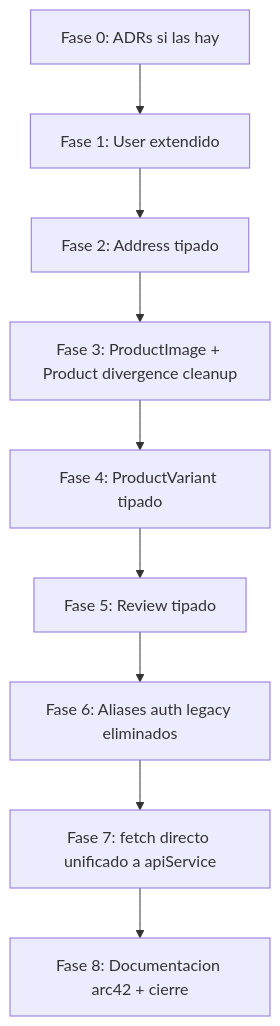
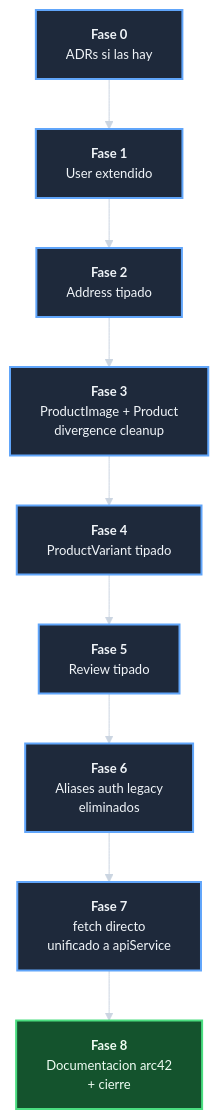
The diagram in docs/pm/iniciativas/completar-dominio-de-ecommerce/plan-completar-dominio-de-ecommerce.md (jcg-admin/template-ecommerce-ui), drawn with Mermaid before and after one commit. The commit also changed 16 other files, not shown here.

First line of the commit message:
Apply dark Mermaid theme to 19 diagrams

````diff
--- a/docs/pm/iniciativas/completar-dominio-de-ecommerce/plan-completar-dominio-de-ecommerce.md
+++ b/docs/pm/iniciativas/completar-dominio-de-ecommerce/plan-completar-dominio-de-ecommerce.md
@@ -22,12 +22,37 @@
 ```mermaid
+%%{init: {'theme':'base', 'themeVariables': {
+  'background': '#0f172a',
+  'primaryColor': '#1e293b',
+  'primaryTextColor': '#f1f5f9',
+  'primaryBorderColor': '#94a3b8',
+  'lineColor': '#cbd5e1',
+  'secondaryColor': '#334155',
+  'tertiaryColor': '#1e3a8a',
+  'fontSize': '13px'
+}}}%%
 graph TD
-    F0[Fase 0: ADRs si las hay] --> F1
-    F1[Fase 1: User extendido] --> F2
-    F2[Fase 2: Address tipado] --> F3
-    F3[Fase 3: ProductImage + Product divergence cleanup] --> F4
-    F4[Fase 4: ProductVariant tipado] --> F5
-    F5[Fase 5: Review tipado] --> F6
-    F6[Fase 6: Aliases auth legacy eliminados] --> F7
-    F7[Fase 7: fetch directo unificado a apiService] --> F8
-    F8[Fase 8: Documentacion arc42 + cierre]
+    fase_f0_adrs["<b>Fase 0</b><br/>ADRs si las hay"]
+    fase_f1_user_extendido["<b>Fase 1</b><br/>User extendido"]
+    fase_f2_address_tipado["<b>Fase 2</b><br/>Address tipado"]
+    fase_f3_productimage_cleanup["<b>Fase 3</b><br/>ProductImage + Product<br/>divergence cleanup"]
+    fase_f4_productvariant_tipado["<b>Fase 4</b><br/>ProductVariant tipado"]
+    fase_f5_review_tipado["<b>Fase 5</b><br/>Review tipado"]
+    fase_f6_aliases_auth_eliminados["<b>Fase 6</b><br/>Aliases auth legacy<br/>eliminados"]
+    fase_f7_fetch_unificado["<b>Fase 7</b><br/>fetch directo<br/>unificado a apiService"]
+    fase_f8_docs_arc42_cierre["<b>Fase 8</b><br/>Documentacion arc42<br/>+ cierre"]
+
+    fase_f0_adrs --> fase_f1_user_extendido
+    fase_f1_user_extendido --> fase_f2_address_tipado
+    fase_f2_address_tipado --> fase_f3_productimage_cleanup
+    fase_f3_productimage_cleanup --> fase_f4_productvariant_tipado
+    fase_f4_productvariant_tipado --> fase_f5_review_tipado
+    fase_f5_review_tipado --> fase_f6_aliases_auth_eliminados
+    fase_f6_aliases_auth_eliminados --> fase_f7_fetch_unificado
+    fase_f7_fetch_unificado --> fase_f8_docs_arc42_cierre
+
+    classDef primaryNode fill:#1e293b,stroke:#60a5fa,stroke-width:2px,color:#f1f5f9
+    classDef doneNode fill:#14532d,stroke:#4ade80,stroke-width:2px,color:#f0fdf4
+
+    class fase_f0_adrs,fase_f1_user_extendido,fase_f2_address_tipado,fase_f3_productimage_cleanup,fase_f4_productvariant_tipado,fase_f5_review_tipado,fase_f6_aliases_auth_eliminados,fase_f7_fetch_unificado primaryNode
+    class fase_f8_docs_arc42_cierre doneNode
 ```
````
